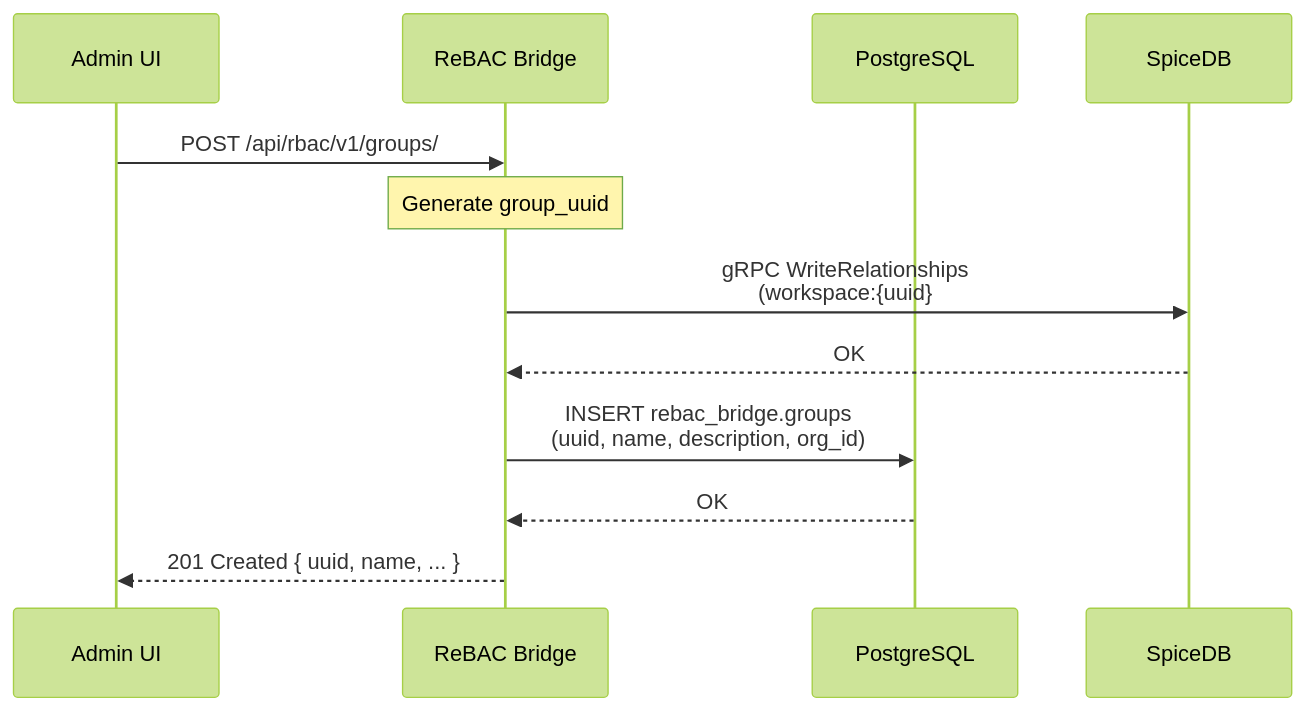
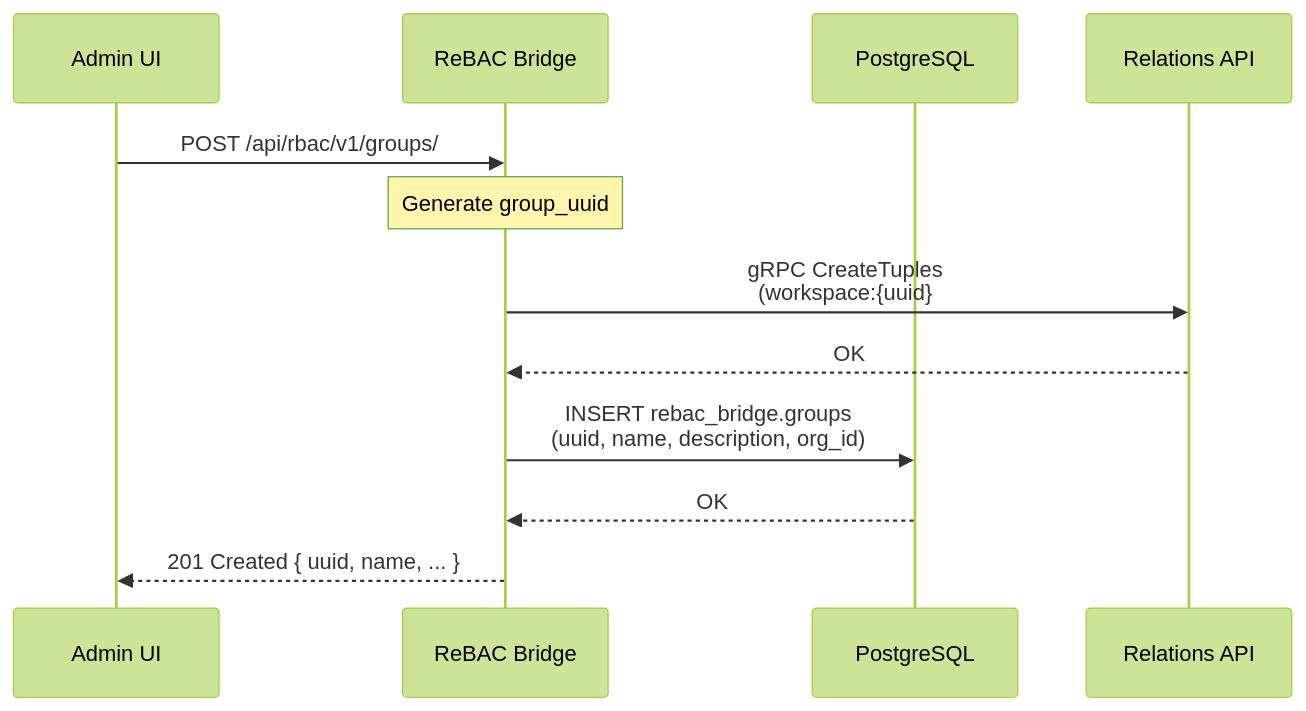
Before and after one commit to project-koku/koku: the second of 11 diagrams in docs/architecture/kessel-integration/rebac-bridge-design.md, drawn with Mermaid (forest theme). The commit also changed other lines of this file and 1 other file, not shown here.

````diff
--- a/docs/architecture/kessel-integration/rebac-bridge-design.md
+++ b/docs/architecture/kessel-integration/rebac-bridge-design.md
@@ -208,15 +208,15 @@
 ```mermaid
 sequenceDiagram
     participant UI as Admin UI
     participant Bridge as ReBAC Bridge
     participant PG as PostgreSQL
-    participant DB as SpiceDB
+    participant Relations as Relations API
 
     UI->>Bridge: POST /api/rbac/v1/groups/
     Note over Bridge: Generate group_uuid
-    Bridge->>DB: gRPC WriteRelationships<br/>(workspace:{uuid} #t_parent → workspace:{org_id})
-    DB-->>Bridge: OK
+    Bridge->>Relations: gRPC CreateTuples<br/>(workspace:{uuid} #t_parent → workspace:{org_id})
+    Relations-->>Bridge: OK
     Bridge->>PG: INSERT rebac_bridge.groups<br/>(uuid, name, description, org_id)
     PG-->>Bridge: OK
     Bridge-->>UI: 201 Created { uuid, name, ... }
 ```
````
